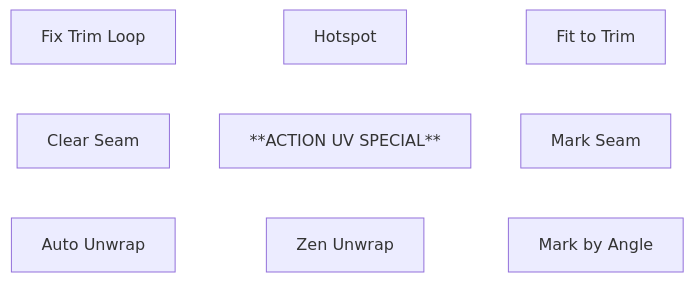
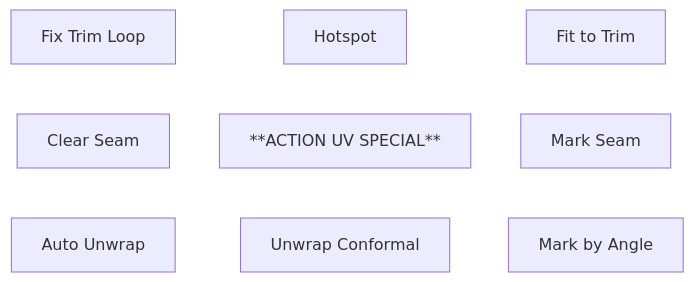
Before and after one commit to ispaure/BlueHoleDeluxePrefs: the seventh of 19 diagrams in Documentation/Blue Hole Pie Menus.md, drawn with Mermaid. The commit also changed other lines of this file, not shown here.

Commit message:
[Documentation] Updated documentation for pie menu to point to new "UV Conformal" instead of Zen Unwrap which was unreliable

````diff
--- a/Documentation/Blue Hole Pie Menus.md
+++ b/Documentation/Blue Hole Pie Menus.md
@@ -223,24 +223,24 @@
 ```mermaid
 graph TD
 
     %% Nodes
     NW["Fix Trim Loop"]
     W["Clear Seam"]
     SW["Auto Unwrap"]
 
     N["Hotspot"]
     C["**ACTION UV SPECIAL**"]
-    S["Zen Unwrap"]
+    S["Unwrap Conformal"]
 
     NE["Fit to Trim"]
     E["Mark Seam"]
     SE["Mark by Angle"]
 
     %% Fake links for positioning
     NW --- W --- SW
     N --- C --- S
     NE --- E --- SE
 
     %% Hide all connectors AND arrowheads
     linkStyle default stroke:transparent,stroke-width:0;
 ```
````
